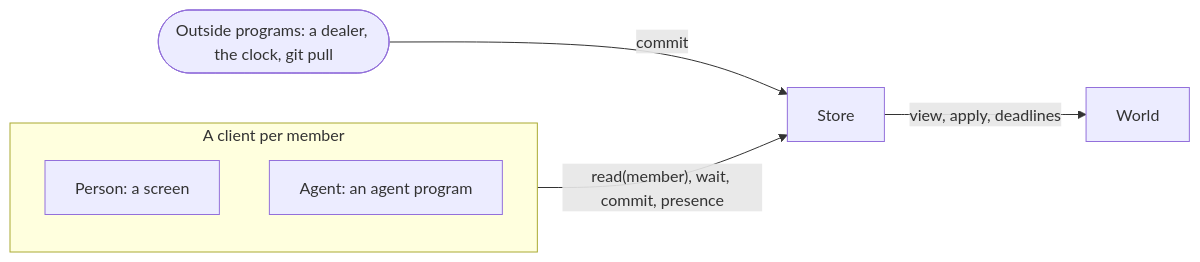
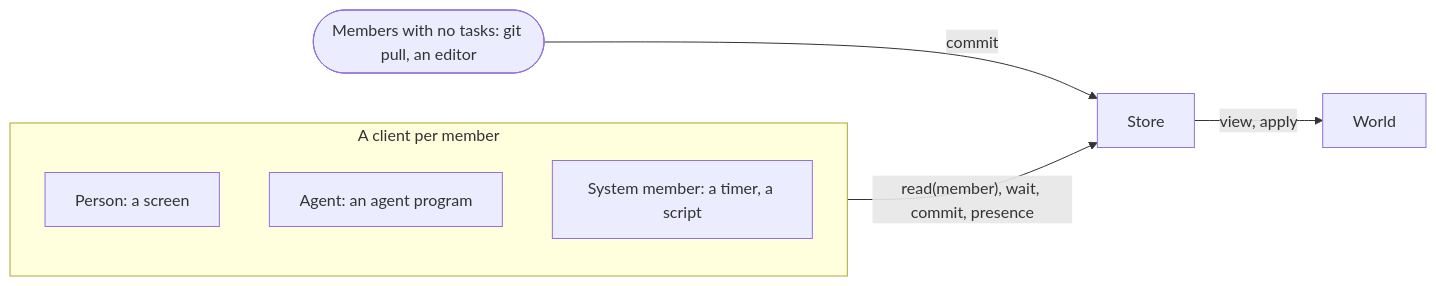
The diagram in docs/runtime/README.md (ponjo-app/ponjo), drawn with Mermaid before and after one commit. The commit also changed other lines of this file and 2 other files, not shown here.

First line of the commit message:
Runtime: one answer ledger, the clock as a member, one task per given, the wallet

````diff
--- a/docs/runtime/README.md
+++ b/docs/runtime/README.md
@@ -31,11 +32,12 @@
 ```mermaid
 flowchart LR
   subgraph clients["A client per member"]
     person["Person: a screen"]
     agent["Agent: an agent program"]
+    system["System member: a timer, a script"]
   end
-  outside(["Outside programs: a dealer, the clock, git pull"])
+  outside(["Members with no tasks: git pull, an editor"])
   clients -- "read(member), wait, commit, presence" --> store["Store"]
   outside -- "commit" --> store
-  store -- "view, apply, deadlines" --> world["World"]
+  store -- "view, apply" --> world["World"]
 ```
````
